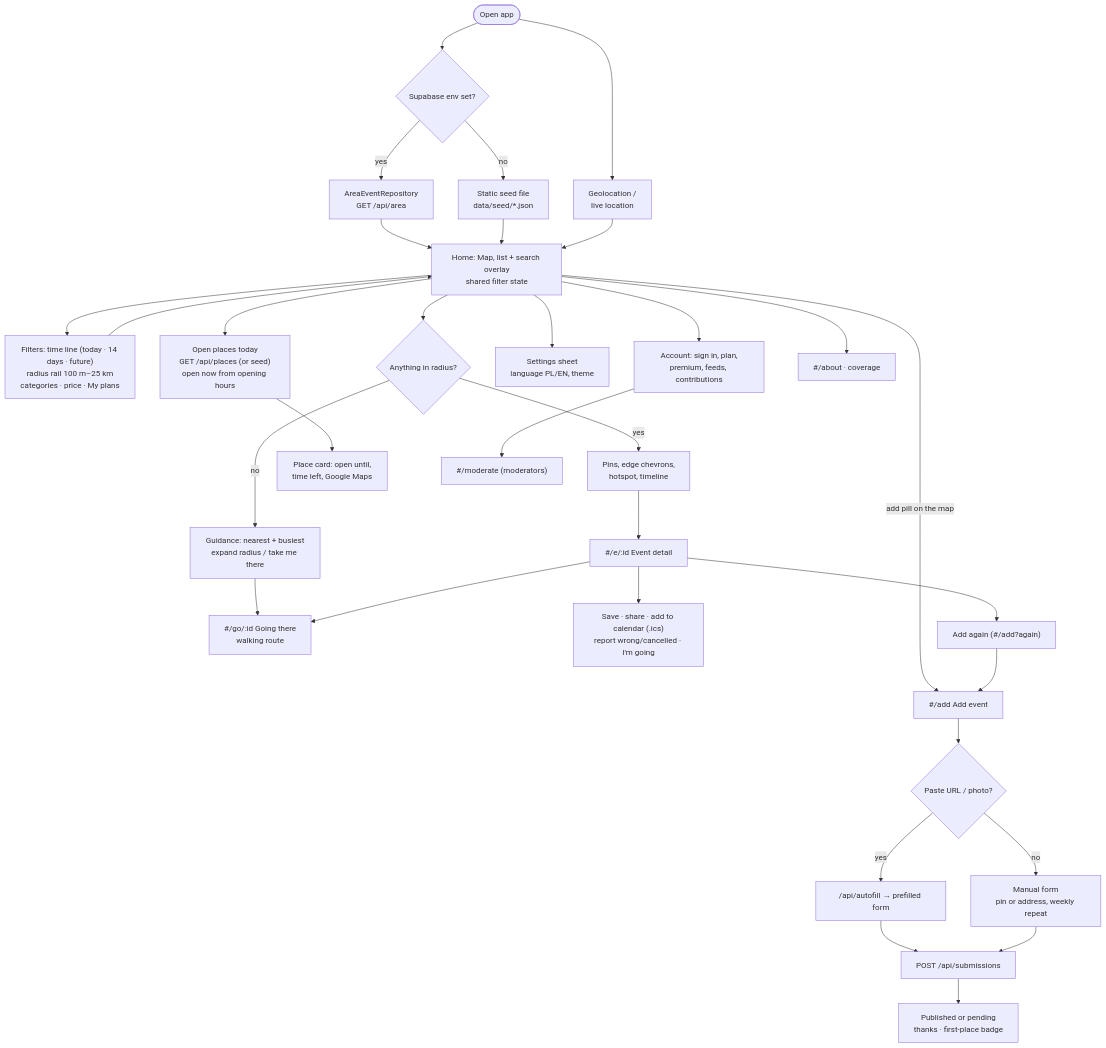
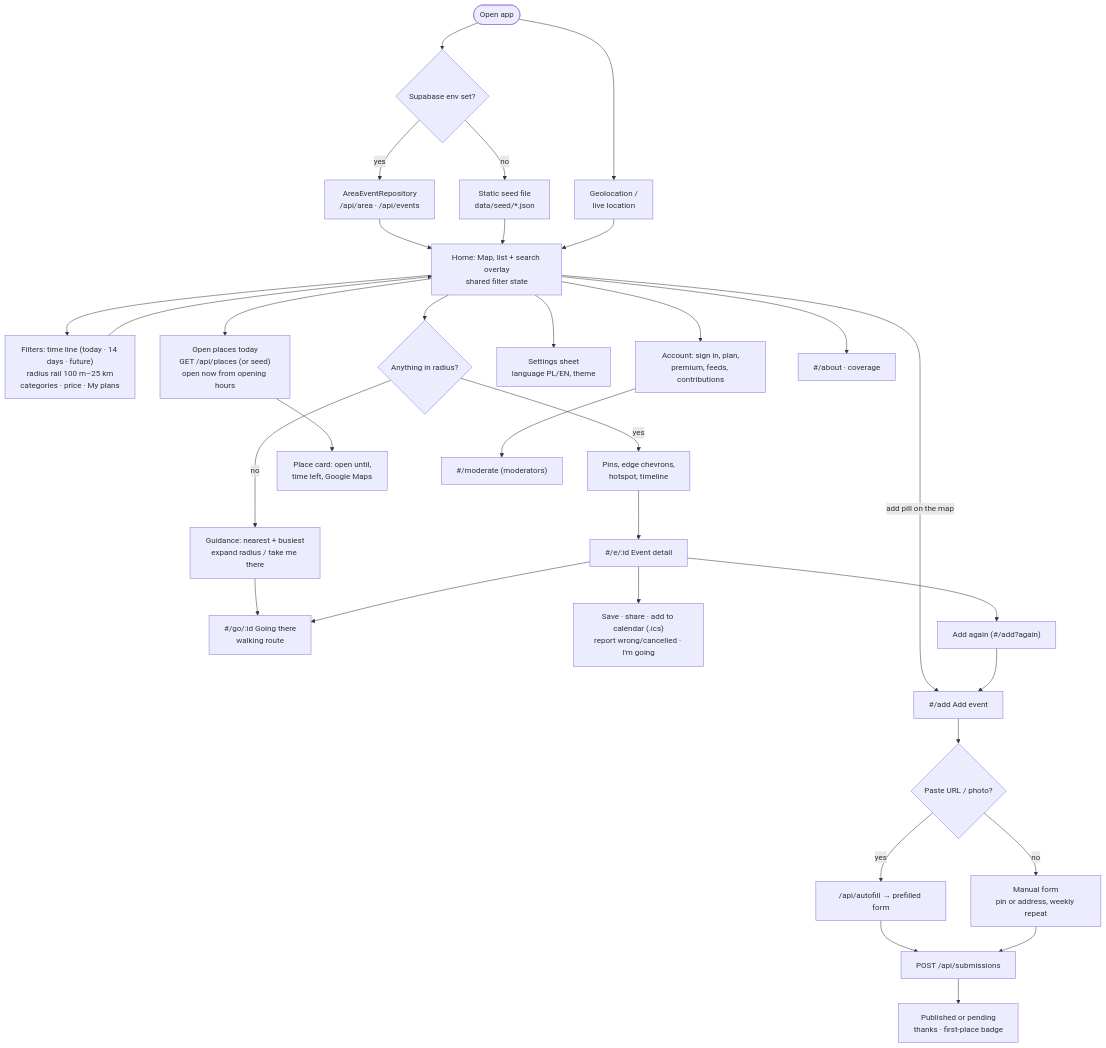
The fourth of 4 diagrams in docs/ARCHITECTURE.md (PriamSinbob/Happow), drawn with Mermaid before and after one commit. The commit also changed other lines of this file and 7 other files, not shown here.

````diff
--- a/docs/ARCHITECTURE.md
+++ b/docs/ARCHITECTURE.md
@@ -156,34 +161,34 @@
 ```mermaid
 flowchart TB
   OPEN(["Open app"]) --> REPO{"Supabase env set?"}
-  REPO -- yes --> AREAR["AreaEventRepository<br/>GET /api/area"]
+  REPO -- yes --> AREAR["AreaEventRepository<br/>/api/area · /api/events"]
   REPO -- no --> SEED["Static seed file<br/>data/seed/*.json"]
   AREAR --> HOME
   SEED --> HOME
   OPEN --> LOC["Geolocation /<br/>live location"] --> HOME
   HOME["Home: Map, list + search overlay<br/>shared filter state"]
   HOME --> F["Filters: time line (today · 14 days · future)<br/>radius rail 100 m–25 km<br/>categories · price · My plans"]
   F --> HOME
   HOME --> EMPTY{"Anything in radius?"}
   EMPTY -- no --> GUIDE["Guidance: nearest + busiest<br/>expand radius / take me there"]
   EMPTY -- yes --> PINS["Pins, edge chevrons,<br/>hotspot, timeline"]
   HOME --> OPENP["Open places today<br/>GET /api/places (or seed)<br/>open now from opening hours"]
   OPENP --> PCARD["Place card: open until,<br/>time left, Google Maps"]
   HOME --> SET["Settings sheet<br/>language PL/EN, theme"]
   HOME --> ACC["Account: sign in, plan,<br/>premium, feeds, contributions"]
   PINS --> DET["#/e/:id Event detail"]
   GUIDE --> GO
   DET --> GO["#/go/:id Going there<br/>walking route"]
   DET --> ACT["Save · share · add to calendar (.ics)<br/>report wrong/cancelled · I'm going"]
   DET --> AGAIN["Add again (#/add?again)"]
   HOME -- "add pill on the map" --> ADD["#/add Add event"]
   AGAIN --> ADD
   ADD --> PASTE{"Paste URL / photo?"}
   PASTE -- yes --> AUTOF["/api/autofill → prefilled form"]
   PASTE -- no --> MAN["Manual form<br/>pin or address, weekly repeat"]
   AUTOF --> SUBMIT["POST /api/submissions"]
   MAN --> SUBMIT
   SUBMIT --> THANK["Published or pending<br/>thanks · first-place badge"]
   ACC --> MODR["#/moderate (moderators)"]
   HOME --> ABOUT["#/about · coverage"]
 ```
````
